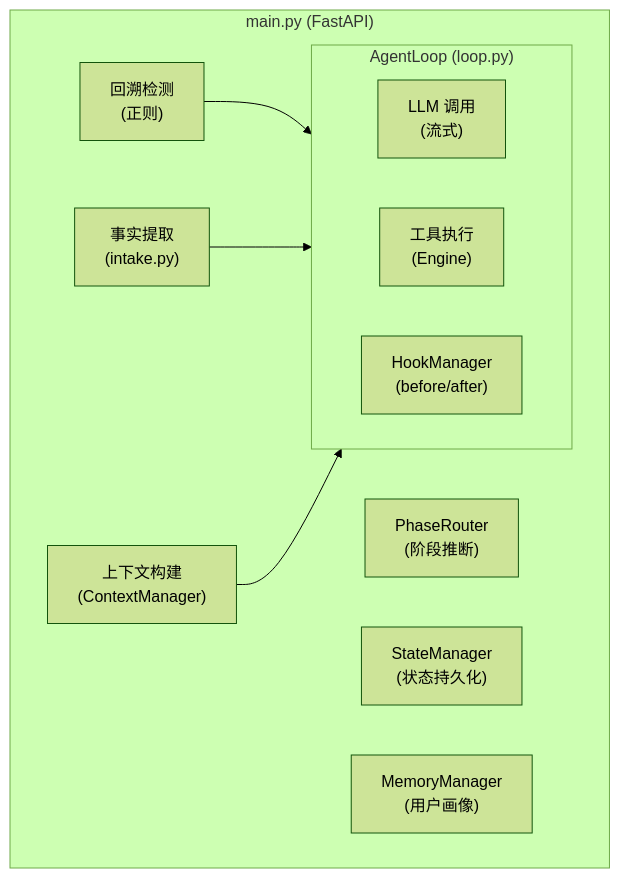
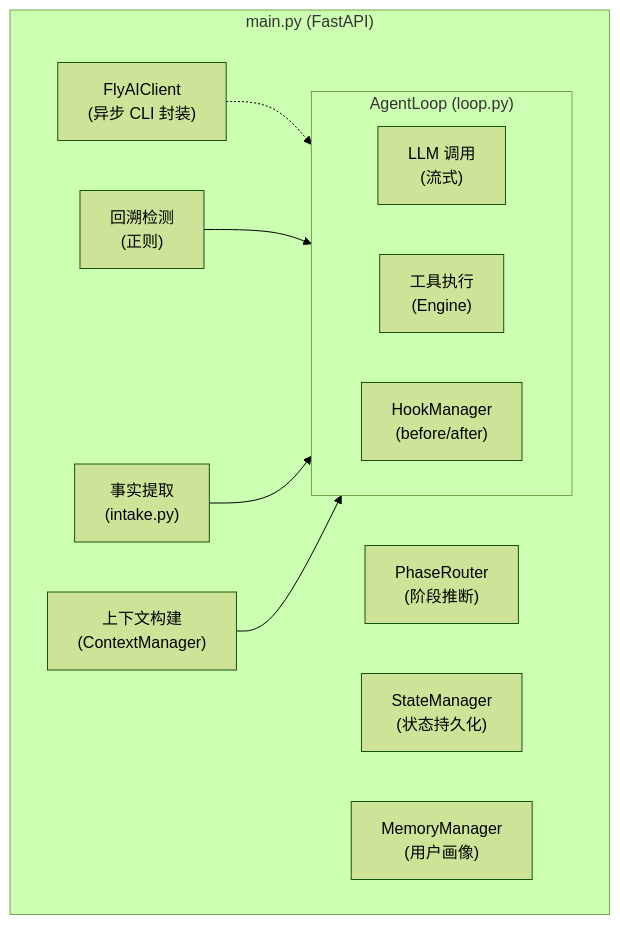
One commit to melonxi/travel_agent_pro changed the first of 12 diagrams in docs/learning/travel-agent-architecture-analysis.md. Above: the diagram before and after it, drawn with Mermaid (forest theme). The commit also changed other lines of this file and 4 other files, not shown here.

First line of the commit message:
docs: add real API smoke tests and update architecture doc to v2.0

````diff
--- a/docs/learning/travel-agent-architecture-analysis.md
+++ b/docs/learning/travel-agent-architecture-analysis.md
@@ -49,23 +50,25 @@
 ```mermaid
 graph TD
     subgraph Main["main.py (FastAPI)"]
         A["回溯检测<br>(正则)"]
         B["事实提取<br>(intake.py)"]
         C["上下文构建<br>(ContextManager)"]
         
         subgraph Loop["AgentLoop (loop.py)"]
             direction LR
             D["LLM 调用<br>(流式)"]
             E["工具执行<br>(Engine)"]
             F["HookManager<br>(before/after)"]
         end
         
         G["PhaseRouter<br>(阶段推断)"]
         H["StateManager<br>(状态持久化)"]
         I["MemoryManager<br>(用户画像)"]
+        J["FlyAIClient<br>(异步 CLI 封装)"]
         
         A --> Loop
         B --> Loop
         C --> Loop
+        J -.-> E
     end
 ```
````
